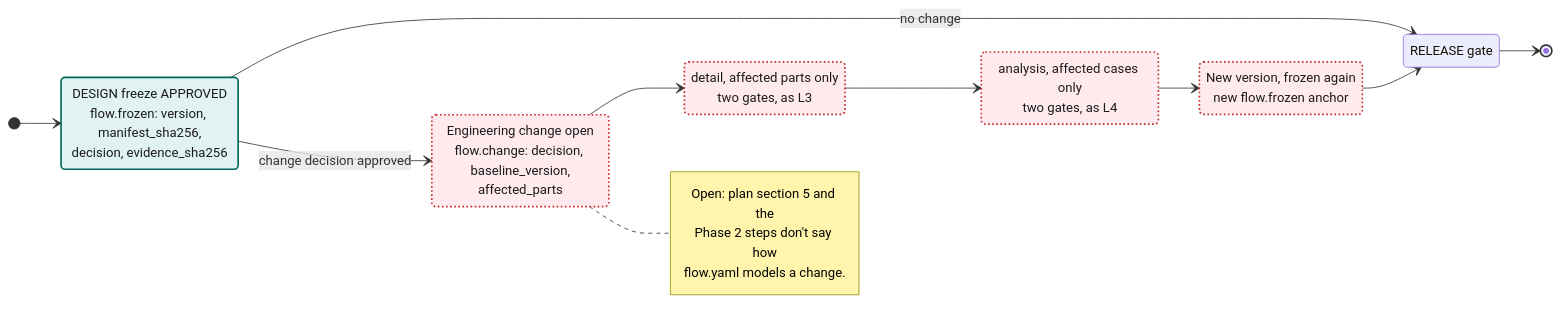
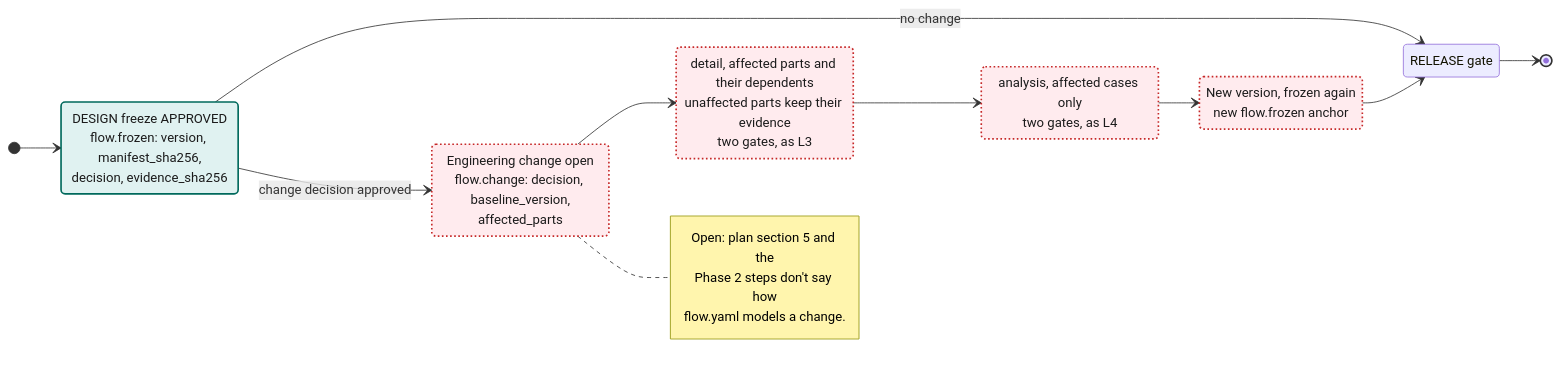
Before and after one commit to benchhand/benchhand-next: the fourth of 4 diagrams in docs/architecture/flow.md, drawn with Mermaid. The commit also changed other lines of this file and 5 other files, not shown here.

Commit message:
docs(architecture): draw only what main and the sources show: launch and PyPI planned, the lifecycle per transport, CEL on transitions, the job, evidence and migrate branches, the auto gate mode and the L2 join

````diff
--- a/docs/architecture/flow.md
+++ b/docs/architecture/flow.md
@@ -147,30 +166,30 @@
 ```mermaid
 stateDiagram-v2
   direction LR
   state "DESIGN freeze APPROVED<br/>flow.frozen: version, manifest_sha256,<br/>decision, evidence_sha256" as frozen
   state "Engineering change open<br/>flow.change: decision, baseline_version,<br/>affected_parts" as change
-  state "detail, affected parts only<br/>two gates, as L3" as ecoDetail
+  state "detail, affected parts and their dependents<br/>unaffected parts keep their evidence<br/>two gates, as L3" as ecoDetail
   state "analysis, affected cases only<br/>two gates, as L4" as ecoAnalysis
   state "New version, frozen again<br/>new flow.frozen anchor" as refreeze
   state "RELEASE gate" as releaseGate
 
   [*] --> frozen
   frozen --> releaseGate: no change
   frozen --> change: change decision approved
   change --> ecoDetail
   ecoDetail --> ecoAnalysis
   ecoAnalysis --> refreeze
   refreeze --> releaseGate
   releaseGate --> [*]
 
   note right of change
     Open: plan section 5 and the
     Phase 2 steps don't say how
     flow.yaml models a change.
   end note
 
   classDef approvedState fill:#e0f2f1,stroke:#00695c,stroke-width:2px,color:#1b1b1b
   classDef open fill:#ffebee,stroke:#c62828,stroke-width:2px,stroke-dasharray:2 3,color:#1b1b1b
   class frozen approvedState
   class change, ecoDetail, ecoAnalysis, refreeze open
 ```
````
